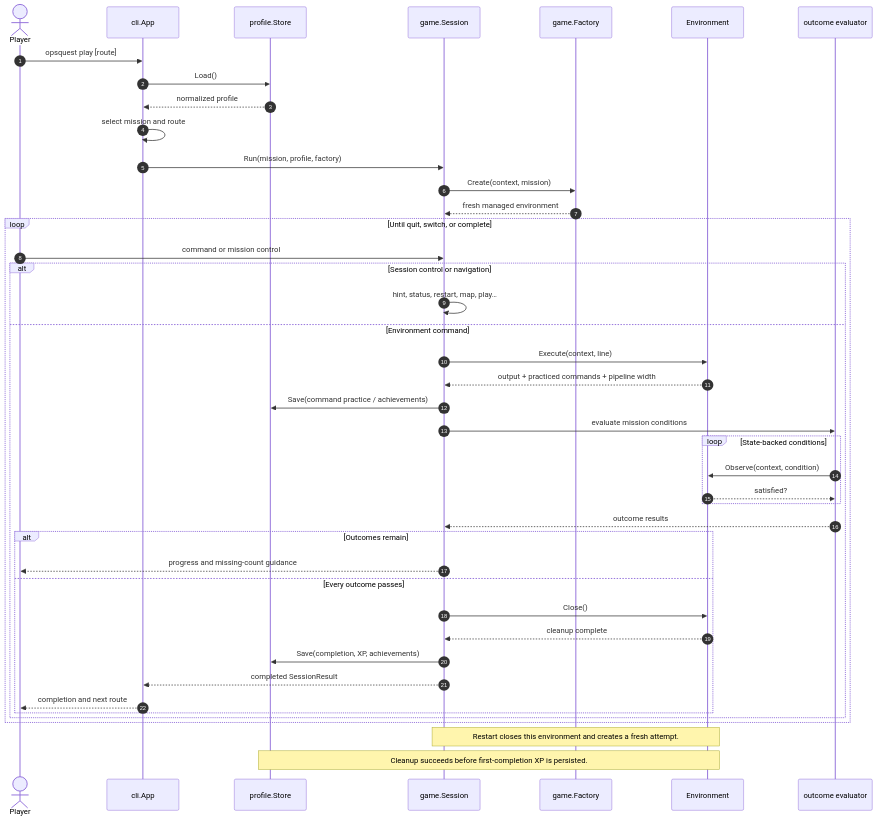
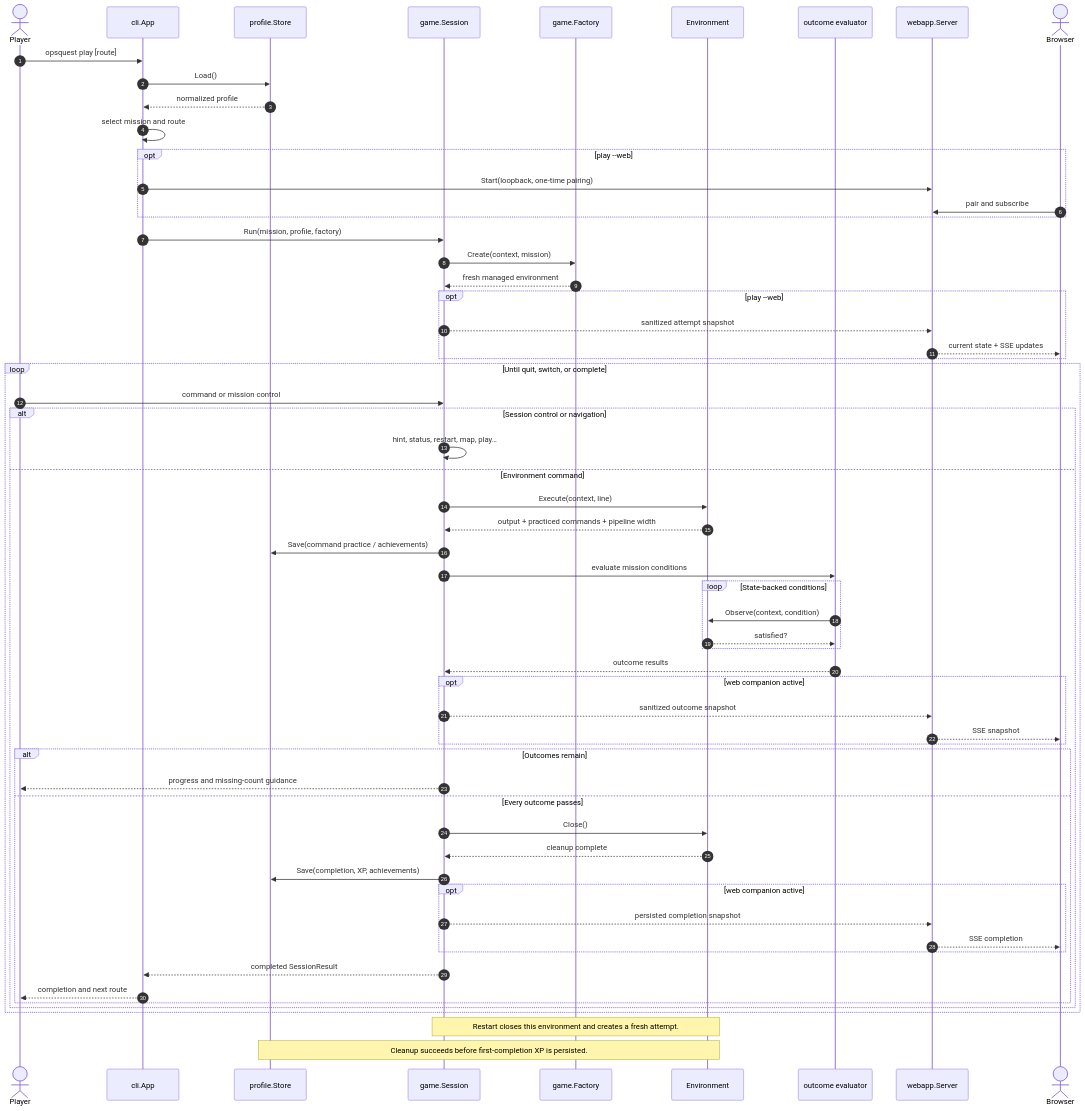
The diagram in docs/technical/diagrams/mission-runtime-sequence.mmd (Aleksandergreg/go-cli-tool), drawn with Mermaid before and after one commit. The commit also changed 26 other files, not shown here.

```diff
--- a/docs/technical/diagrams/mission-runtime-sequence.mmd
+++ b/docs/technical/diagrams/mission-runtime-sequence.mmd
@@ -1,47 +1,65 @@
 %% Editable source for the rendered SVG beside this file.
 sequenceDiagram
     autonumber
     actor Player
     participant CLI as cli.App
     participant Store as profile.Store
     participant Session as game.Session
     participant Factory as game.Factory
     participant Env as Environment
     participant Validator as outcome evaluator
+    participant Web as webapp.Server
+    actor Browser
 
     Player->>CLI: opsquest play [route]
     CLI->>Store: Load()
     Store-->>CLI: normalized profile
     CLI->>CLI: select mission and route
+    opt play --web
+        CLI->>Web: Start(loopback, one-time pairing)
+        Browser->>Web: pair and subscribe
+    end
     CLI->>Session: Run(mission, profile, factory)
     Session->>Factory: Create(context, mission)
     Factory-->>Session: fresh managed environment
+    opt play --web
+        Session-->>Web: sanitized attempt snapshot
+        Web-->>Browser: current state + SSE updates
+    end
 
     loop Until quit, switch, or complete
         Player->>Session: command or mission control
         alt Session control or navigation
             Session->>Session: hint, status, restart, map, play…
         else Environment command
             Session->>Env: Execute(context, line)
             Env-->>Session: output + practiced commands + pipeline width
             Session->>Store: Save(command practice / achievements)
             Session->>Validator: evaluate mission conditions
             loop State-backed conditions
                 Validator->>Env: Observe(context, condition)
                 Env-->>Validator: satisfied?
             end
             Validator-->>Session: outcome results
+            opt web companion active
+                Session-->>Web: sanitized outcome snapshot
+                Web-->>Browser: SSE snapshot
+            end
             alt Outcomes remain
                 Session-->>Player: progress and missing-count guidance
             else Every outcome passes
                 Session->>Env: Close()
                 Env-->>Session: cleanup complete
                 Session->>Store: Save(completion, XP, achievements)
+                opt web companion active
+                    Session-->>Web: persisted completion snapshot
+                    Web-->>Browser: SSE completion
+                end
                 Session-->>CLI: completed SessionResult
                 CLI-->>Player: completion and next route
             end
         end
     end
 
     Note over Session,Env: Restart closes this environment and creates a fresh attempt.
     Note over Env,Store: Cleanup succeeds before first-completion XP is persisted.
```
